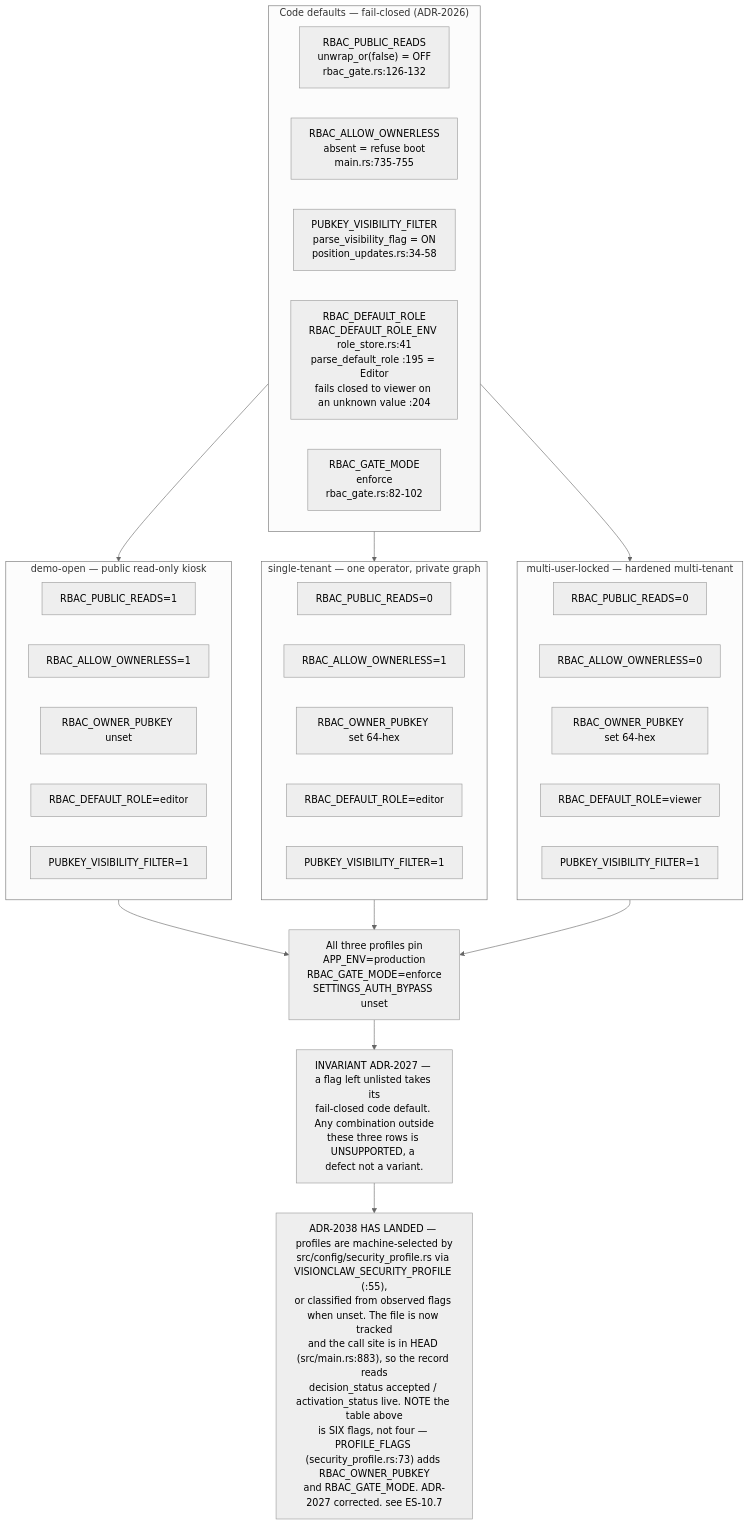
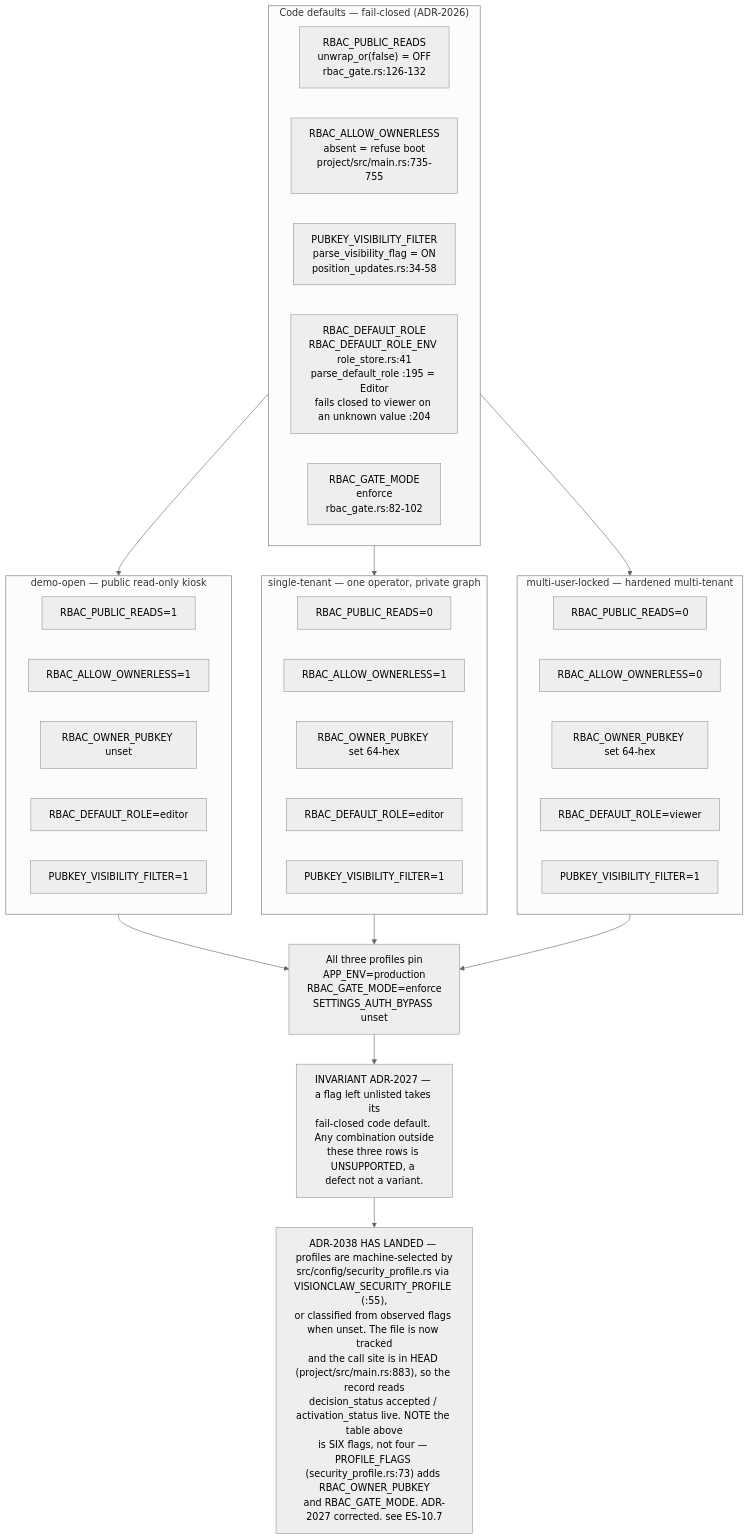
One commit to DreamLab-AI/VisionFlow changed the first of 10 diagrams in docs/diagrams/estate/10-deployment-and-security-profiles.md. Above: the diagram before and after it, drawn with Mermaid (neutral theme). The commit also changed other lines of this file and 185 other files, not shown here.

Commit message:
docs(estate): reconcile diagrams and ADRs with source and define closeout sprint

````diff
--- a/docs/diagrams/estate/10-deployment-and-security-profiles.md
+++ b/docs/diagrams/estate/10-deployment-and-security-profiles.md
@@ -33,43 +38,43 @@
 ```mermaid
 flowchart TB
     subgraph code["Code defaults — fail-closed (ADR-2026)"]
         CD1["RBAC_PUBLIC_READS<br/>unwrap_or(false) = OFF<br/>rbac_gate.rs:126-132"]
-        CD2["RBAC_ALLOW_OWNERLESS<br/>absent = refuse boot<br/>main.rs:735-755"]
+        CD2["RBAC_ALLOW_OWNERLESS<br/>absent = refuse boot<br/>project/src/main.rs:735-755"]
         CD3["PUBKEY_VISIBILITY_FILTER<br/>parse_visibility_flag = ON<br/>position_updates.rs:34-58"]
         CD4["RBAC_DEFAULT_ROLE<br/>RBAC_DEFAULT_ROLE_ENV role_store.rs:41<br/>parse_default_role :195 = Editor<br/>fails closed to viewer on an unknown value :204"]
         CD5["RBAC_GATE_MODE<br/>enforce<br/>rbac_gate.rs:82-102"]
     end
     subgraph demo["demo-open — public read-only kiosk"]
         D1["RBAC_PUBLIC_READS=1"]
         D2["RBAC_ALLOW_OWNERLESS=1"]
         D3["RBAC_OWNER_PUBKEY unset"]
         D4["RBAC_DEFAULT_ROLE=editor"]
         D5["PUBKEY_VISIBILITY_FILTER=1"]
     end
     subgraph single["single-tenant — one operator, private graph"]
         S1["RBAC_PUBLIC_READS=0"]
         S2["RBAC_ALLOW_OWNERLESS=1"]
         S3["RBAC_OWNER_PUBKEY set 64-hex"]
         S4["RBAC_DEFAULT_ROLE=editor"]
         S5["PUBKEY_VISIBILITY_FILTER=1"]
     end
     subgraph locked["multi-user-locked — hardened multi-tenant"]
         L1["RBAC_PUBLIC_READS=0"]
         L2["RBAC_ALLOW_OWNERLESS=0"]
         L3["RBAC_OWNER_PUBKEY set 64-hex"]
         L4["RBAC_DEFAULT_ROLE=viewer"]
         L5["PUBKEY_VISIBILITY_FILTER=1"]
     end
     ALL["All three profiles pin<br/>APP_ENV=production<br/>RBAC_GATE_MODE=enforce<br/>SETTINGS_AUTH_BYPASS unset"]
     INV["INVARIANT ADR-2027 — a flag left unlisted takes its<br/>fail-closed code default. Any combination outside<br/>these three rows is UNSUPPORTED, a defect not a variant."]
-    DRIFT["ADR-2038 HAS LANDED — profiles are machine-selected by<br/>src/config/security_profile.rs via VISIONCLAW_SECURITY_PROFILE (:55),<br/>or classified from observed flags when unset. The file is now tracked<br/>and the call site is in HEAD (src/main.rs:883), so the record reads<br/>decision_status accepted / activation_status live. NOTE the table above<br/>is SIX flags, not four — PROFILE_FLAGS (security_profile.rs:73) adds RBAC_OWNER_PUBKEY<br/>and RBAC_GATE_MODE. ADR-2027 corrected. see ES-10.7"]
+    DRIFT["ADR-2038 HAS LANDED — profiles are machine-selected by<br/>src/config/security_profile.rs via VISIONCLAW_SECURITY_PROFILE (:55),<br/>or classified from observed flags when unset. The file is now tracked<br/>and the call site is in HEAD (project/src/main.rs:883), so the record reads<br/>decision_status accepted / activation_status live. NOTE the table above<br/>is SIX flags, not four — PROFILE_FLAGS (security_profile.rs:73) adds RBAC_OWNER_PUBKEY<br/>and RBAC_GATE_MODE. ADR-2027 corrected. see ES-10.7"]
 
     code --> demo
     code --> single
     code --> locked
     demo --> ALL
     single --> ALL
     locked --> ALL
     ALL --> INV
     INV --> DRIFT
 ```
````
